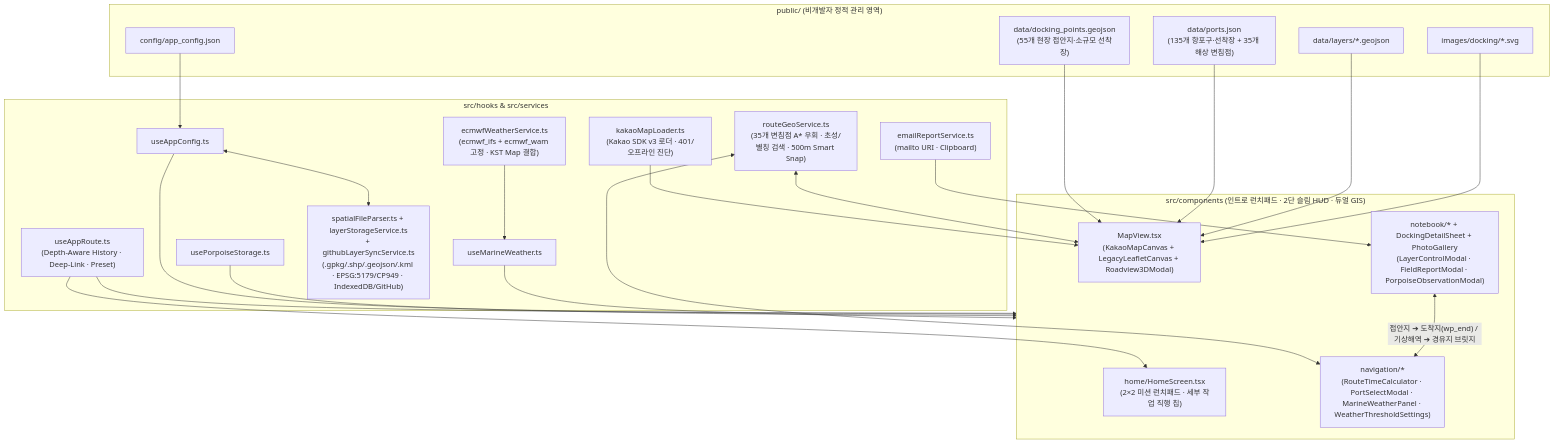
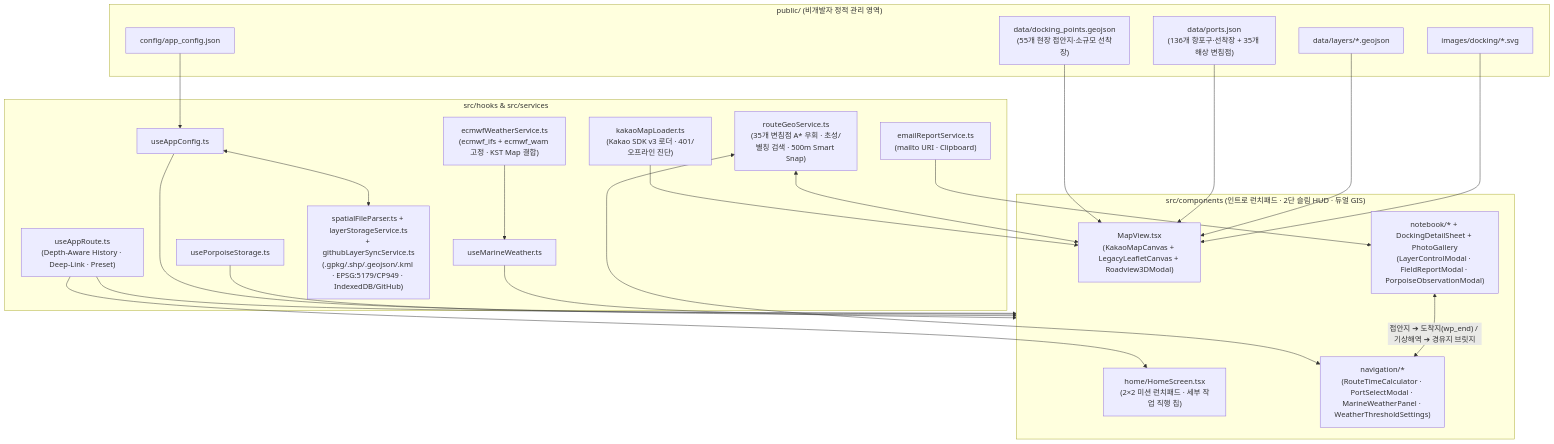
Before and after one commit to gunnysis/bada-kkomkkomi: the diagram in docs/ARCHITECTURE_AND_DESIGN.md, drawn with Mermaid. The commit also changed other lines of this file and 19 other files, not shown here.

````diff
--- a/docs/ARCHITECTURE_AND_DESIGN.md
+++ b/docs/ARCHITECTURE_AND_DESIGN.md
@@ -38,41 +38,41 @@
 ```mermaid
 flowchart TD
     subgraph StaticFiles["public/ (비개발자 정적 관리 영역)"]
         CFG["config/app_config.json"]
         DP["data/docking_points.geojson\n(55개 현장 접안지·소규모 선착장)"]
-        PORTS["data/ports.json\n(135개 항포구·선착장 + 35개 해상 변침점)"]
+        PORTS["data/ports.json\n(136개 항포구·선착장 + 35개 해상 변침점)"]
         LYR["data/layers/*.geojson"]
         IMG["images/docking/*.svg"]
     end
 
     subgraph HooksAndServices["src/hooks & src/services"]
         H_ROUTE["useAppRoute.ts\n(Depth-Aware History · Deep-Link · Preset)"]
         H_CFG["useAppConfig.ts"]
         H_PORP["usePorpoiseStorage.ts"]
         H_WTH["useMarineWeather.ts"]
         S_KAKAO["kakaoMapLoader.ts\n(Kakao SDK v3 로더 · 401/오프라인 진단)"]
         S_SPATIAL["spatialFileParser.ts + layerStorageService.ts\n+ githubLayerSyncService.ts\n(.gpkg/.shp/.geojson/.kml · EPSG:5179/CP949 · IndexedDB/GitHub)"]
         S_GEO["routeGeoService.ts\n(35개 변침점 A* 우회 · 초성/별칭 검색 · 500m Smart Snap)"]
         S_ECMWF["ecmwfWeatherService.ts\n(ecmwf_ifs + ecmwf_wam 고정 · KST Map 결합)"]
         S_MAIL["emailReportService.ts\n(mailto URI · Clipboard)"]
     end
 
     subgraph UI["src/components (인트로 런치패드 · 2단 슬림 HUD · 듀얼 GIS)"]
         HOME["home/HomeScreen.tsx\n(2×2 미션 런치패드 · 세부 작업 직행 칩)"]
         MAP["MapView.tsx\n(KakaoMapCanvas + LegacyLeafletCanvas + Roadview3DModal)"]
         NB["notebook/* + DockingDetailSheet + PhotoGallery\n(LayerControlModal · FieldReportModal · PorpoiseObservationModal)"]
         NAV["navigation/*\n(RouteTimeCalculator · PortSelectModal · MarineWeatherPanel · WeatherThresholdSettings)"]
     end
 
     CFG --> H_CFG
     H_CFG <--> S_SPATIAL
     S_ECMWF --> H_WTH
     DP & PORTS & LYR & IMG --> MAP
     S_KAKAO --> MAP
     H_ROUTE --> HOME & UI
     H_CFG & H_PORP & H_WTH --> UI
     S_GEO <--> NAV
     S_GEO <--> MAP
     S_MAIL --> NB
     NB <-->|"접안지 ➔ 도착지(wp_end) / 기상해역 ➔ 경유지 브릿지"| NAV
 ```
````
